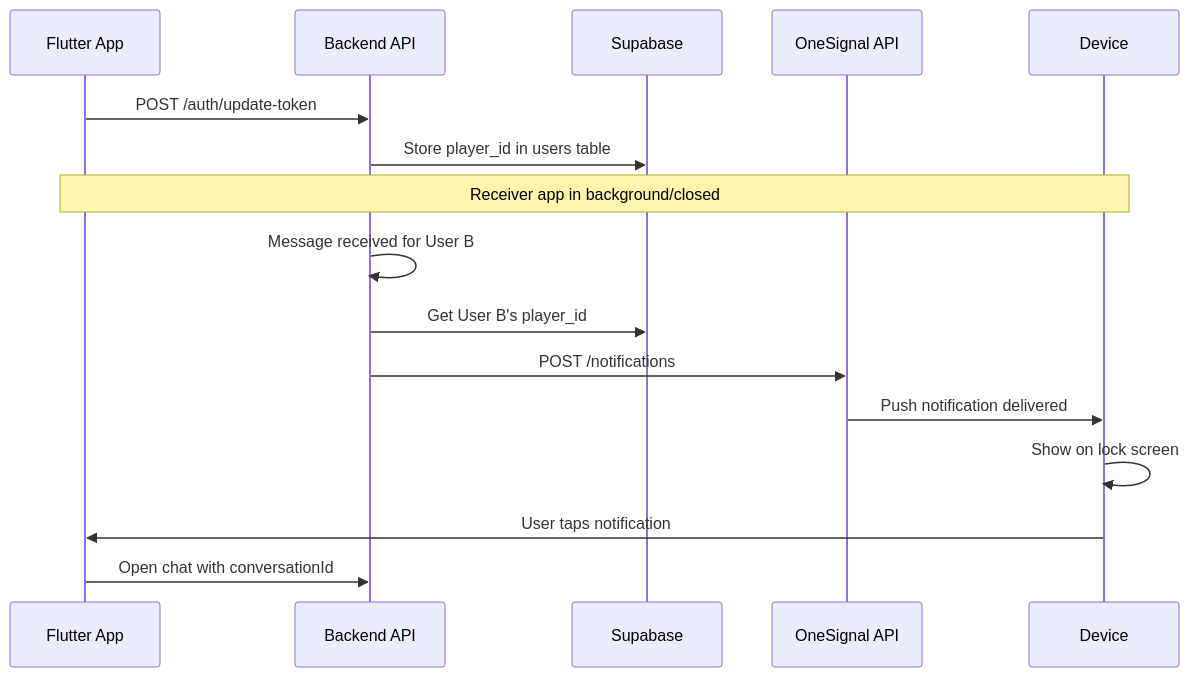
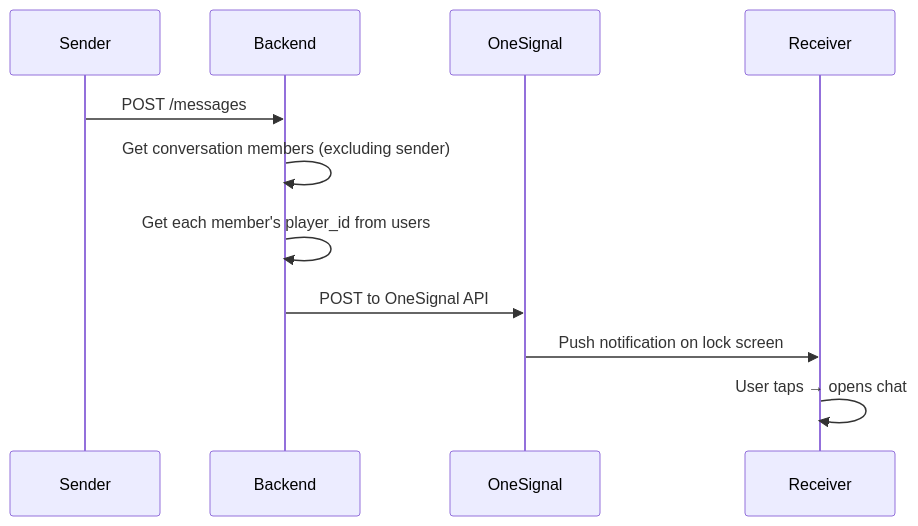
One commit to mvadly/api-mvchat changed the third of 3 diagrams in README.md. Above: the diagram before and after it, drawn with Mermaid. The commit also changed other lines of this file and 4 other files, not shown here.

````diff
--- a/README.md
+++ b/README.md
@@ -214,21 +150,14 @@
 ```mermaid
 sequenceDiagram
-    participant F as Flutter App
-    participant B as Backend API
-    participant S as Supabase
-    participant O as OneSignal API
-    participant D as Device
+    participant S as Sender
+    participant B as Backend
+    participant O as OneSignal
+    participant R as Receiver
 
-    F->>B: POST /auth/update-token
-    B->>S: Store player_id in users table
-
-    note over F,D: Receiver app in background/closed
-
-    B->>B: Message received for User B
-    B->>S: Get User B's player_id
-    B->>O: POST /notifications
-    O->>D: Push notification delivered
-    D->>D: Show on lock screen
-    D->>F: User taps notification
-    F->>B: Open chat with conversationId
+    S->>B: POST /messages
+    B->>B: Get conversation members (excluding sender)
+    B->>B: Get each member's player_id from users
+    B->>O: POST to OneSignal API
+    O->>R: Push notification on lock screen
+    R->>R: User taps → opens chat
 ```
````
